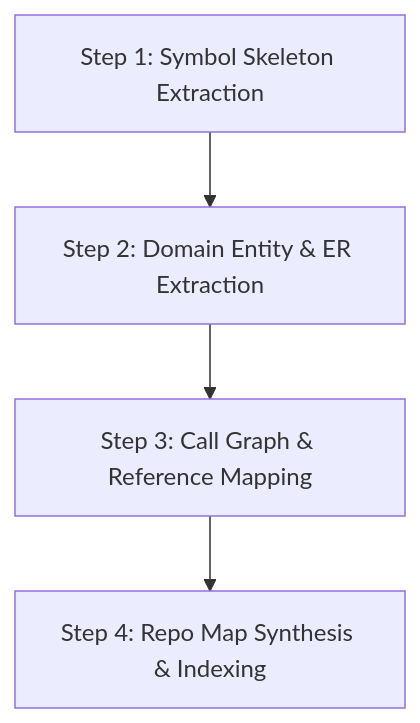
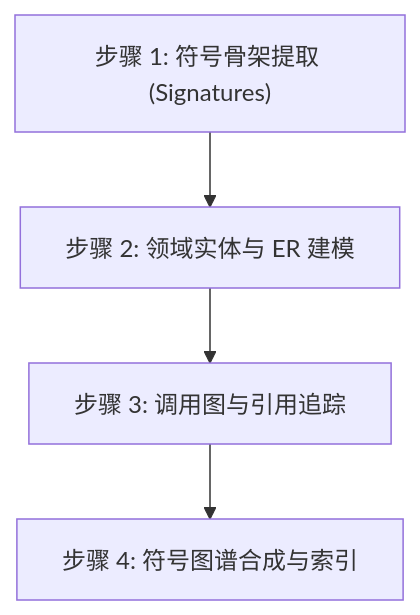
Before and after one commit to hexianghong/ai-standards: the diagram in stack-templates/skills/repo-map-analyzer/SKILL.md, drawn with Mermaid. The commit also changed other lines of this file and 28 other files, not shown here.

````diff
--- a/stack-templates/skills/repo-map-analyzer/SKILL.md
+++ b/stack-templates/skills/repo-map-analyzer/SKILL.md
@@ -23,6 +23,6 @@
 ```mermaid
 flowchart TD
-    A[Step 1: Symbol Skeleton Extraction] --> B[Step 2: Domain Entity & ER Extraction]
-    B --> C[Step 3: Call Graph & Reference Mapping]
-    C --> D[Step 4: Repo Map Synthesis & Indexing]
+    A["步骤 1: 符号骨架提取 (Signatures)"] --> B["步骤 2: 领域实体与 ER 建模"]
+    B --> C["步骤 3: 调用图与引用追踪"]
+    C --> D["步骤 4: 符号图谱合成与索引"]
 ```
````
